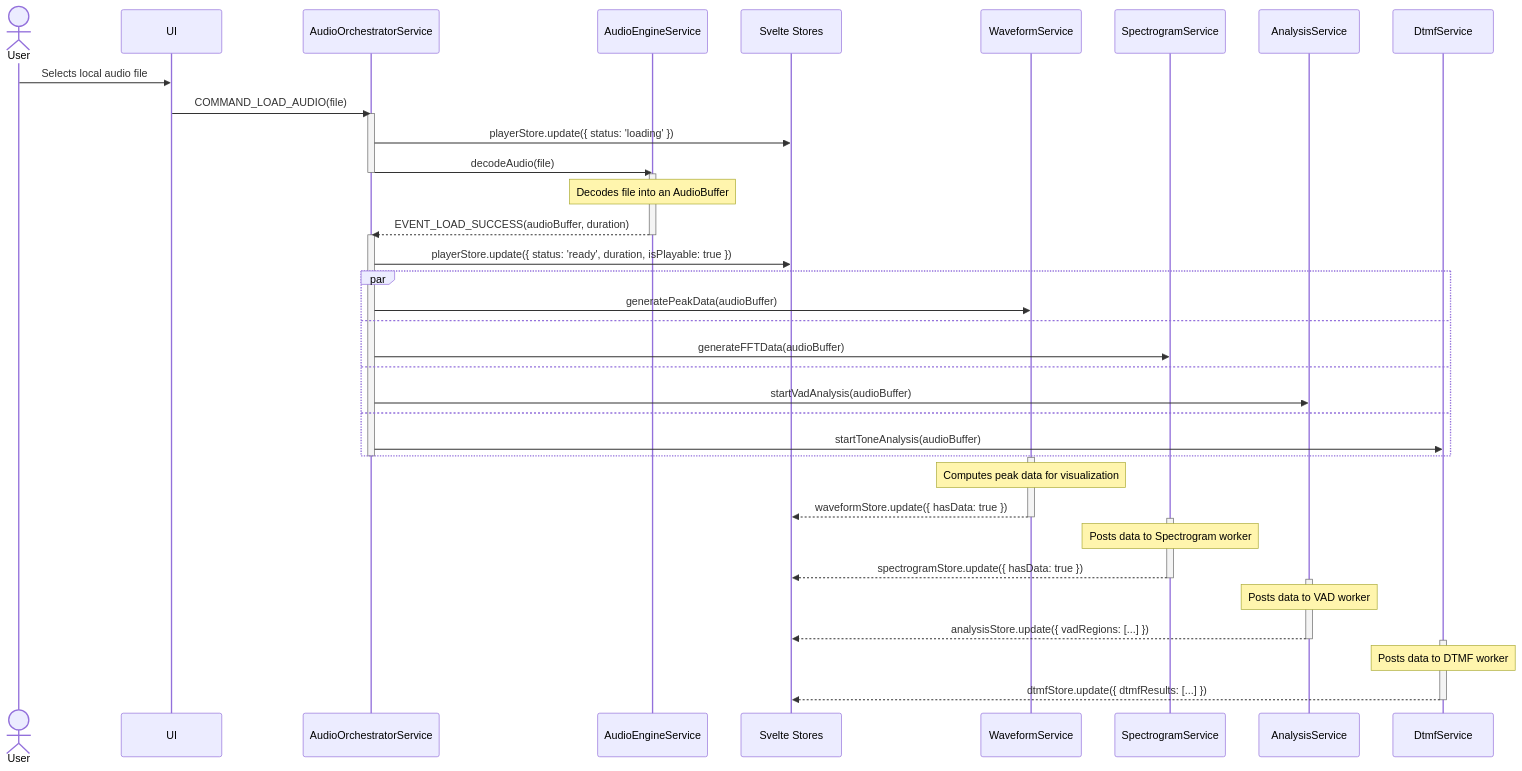
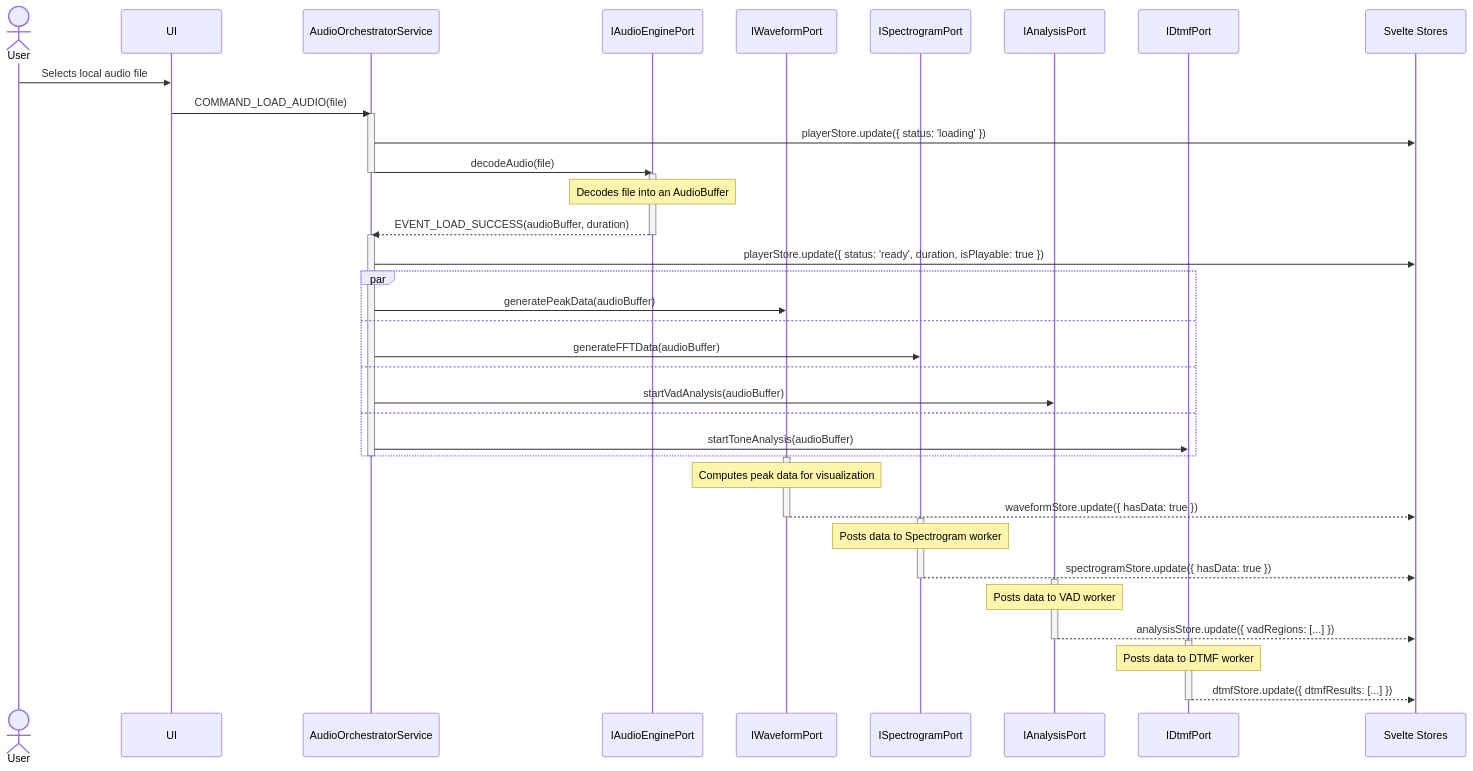
One commit to averykhoo/vibe-player-v3 changed the diagram in vibe-player-v3/docs/refactor-plan/diagrams/file-loading-flow.mermaid. Above: the diagram before and after it, drawn with Mermaid.

```diff
--- a/vibe-player-v3/docs/refactor-plan/diagrams/file-loading-flow.mermaid
+++ b/vibe-player-v3/docs/refactor-plan/diagrams/file-loading-flow.mermaid
@@ -1,56 +1,60 @@
 %% vibe-player-v3/docs/refactor-plan/diagrams/file-loading-flow.mermaid
 %% Detailed flow for loading a new audio file and initiating parallel analysis.
 
 sequenceDiagram
     actor User
     participant UI
     participant Orchestrator as AudioOrchestratorService
-    participant Engine as AudioEngineService
+    participant Engine as IAudioEnginePort
+    participant WaveformService as IWaveformPort
+    participant SpectrogramService as ISpectrogramPort
+    participant AnalysisService as IAnalysisPort
+    participant DtmfService as IDtmfPort
     participant Store as Svelte Stores
     
     User->>UI: Selects local audio file
     UI->>Orchestrator: COMMAND_LOAD_AUDIO(file)
 
     activate Orchestrator
     Orchestrator->>Store: playerStore.update({ status: 'loading' })
     Orchestrator->>Engine: decodeAudio(file)
     deactivate Orchestrator
 
     activate Engine
     Note over Engine: Decodes file into an AudioBuffer
     Engine-->>Orchestrator: EVENT_LOAD_SUCCESS(audioBuffer, duration)
     deactivate Engine
 
     activate Orchestrator
     Orchestrator->>Store: playerStore.update({ status: 'ready', duration, isPlayable: true })
     
     par
         Orchestrator->>WaveformService: generatePeakData(audioBuffer)
         and
         Orchestrator->>SpectrogramService: generateFFTData(audioBuffer)
         and
         Orchestrator->>AnalysisService: startVadAnalysis(audioBuffer)
         and
         Orchestrator->>DtmfService: startToneAnalysis(audioBuffer)
     end
     deactivate Orchestrator
 
     activate WaveformService
     Note over WaveformService: Computes peak data for visualization
     WaveformService-->>Store: waveformStore.update({ hasData: true })
     deactivate WaveformService
     
     activate SpectrogramService
     Note over SpectrogramService: Posts data to Spectrogram worker
     SpectrogramService-->>Store: spectrogramStore.update({ hasData: true })
     deactivate SpectrogramService
 
     activate AnalysisService
     Note over AnalysisService: Posts data to VAD worker
     AnalysisService-->>Store: analysisStore.update({ vadRegions: [...] })
     deactivate AnalysisService
 
     activate DtmfService
     Note over DtmfService: Posts data to DTMF worker
     DtmfService-->>Store: dtmfStore.update({ dtmfResults: [...] })
     deactivate DtmfService
```
